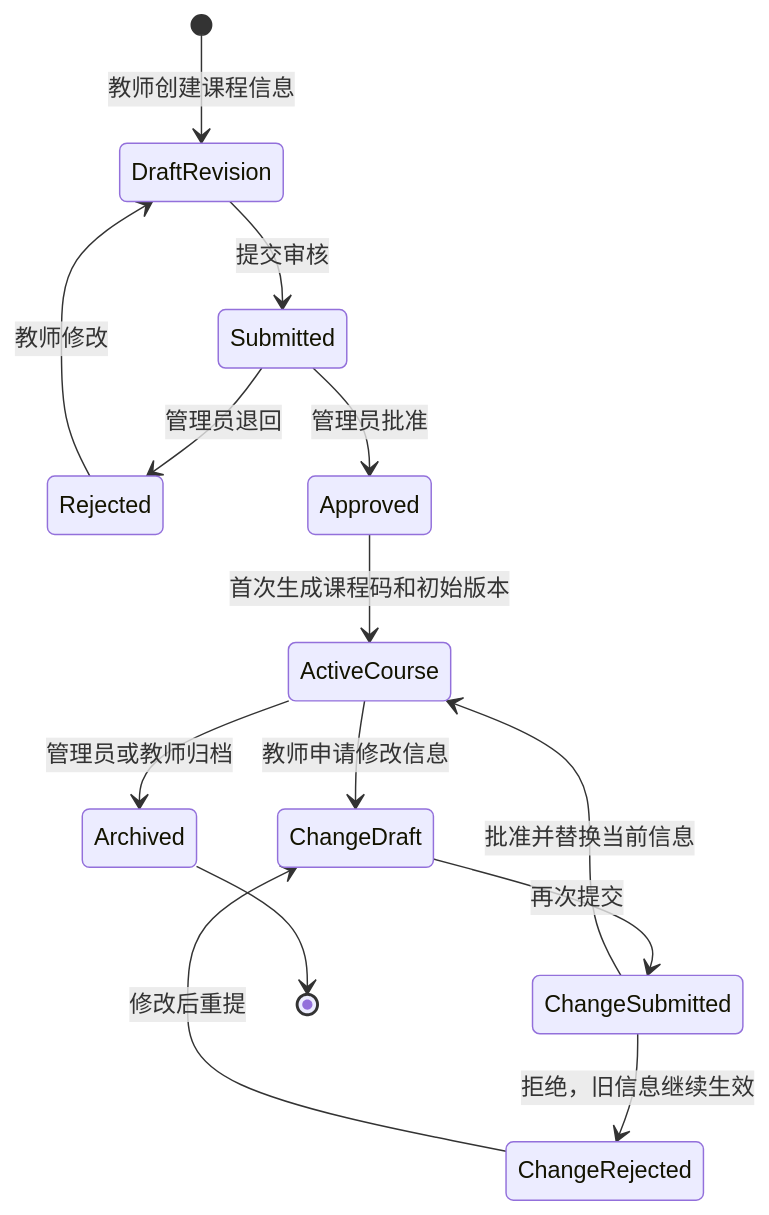
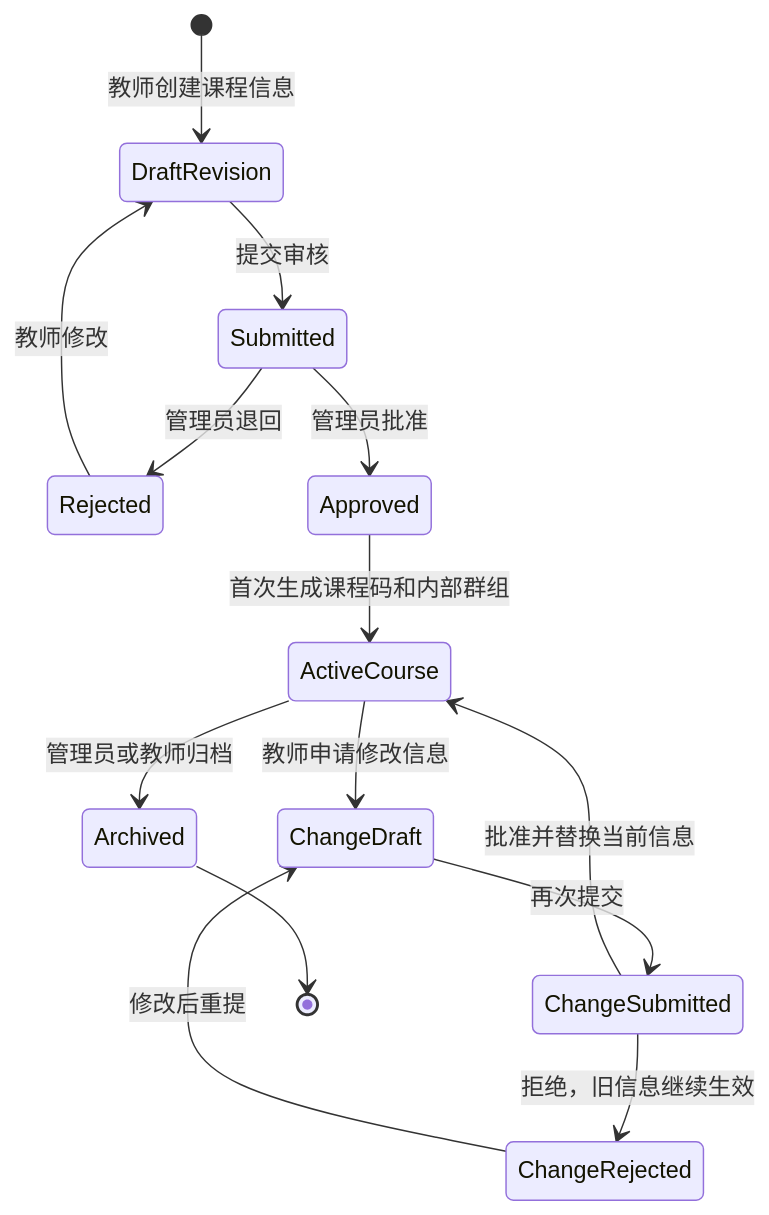
The fourth of 11 diagrams in doc/02-更新规划.md (falling-feather/Astra), drawn with Mermaid before and after one commit. The commit also changed other lines of this file, not shown here.

```diff
--- a/doc/02-更新规划.md
+++ b/doc/02-更新规划.md
@@ -572,16 +572,16 @@
 ~~~mermaid
 stateDiagram-v2
     [*] --> DraftRevision: 教师创建课程信息
     DraftRevision --> Submitted: 提交审核
     Submitted --> Rejected: 管理员退回
     Rejected --> DraftRevision: 教师修改
     Submitted --> Approved: 管理员批准
-    Approved --> ActiveCourse: 首次生成课程码和初始版本
+    Approved --> ActiveCourse: 首次生成课程码和内部群组
     ActiveCourse --> ChangeDraft: 教师申请修改信息
     ChangeDraft --> ChangeSubmitted: 再次提交
     ChangeSubmitted --> ChangeRejected: 拒绝，旧信息继续生效
     ChangeRejected --> ChangeDraft: 修改后重提
     ChangeSubmitted --> ActiveCourse: 批准并替换当前信息
     ActiveCourse --> Archived: 管理员或教师归档
     Archived --> [*]
 ~~~
```
